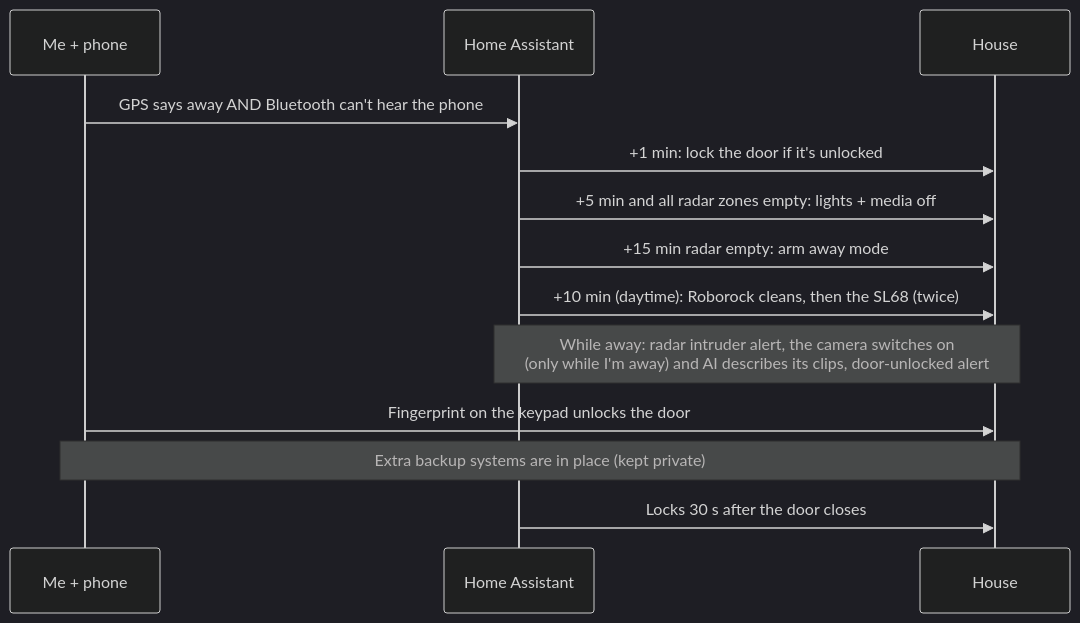
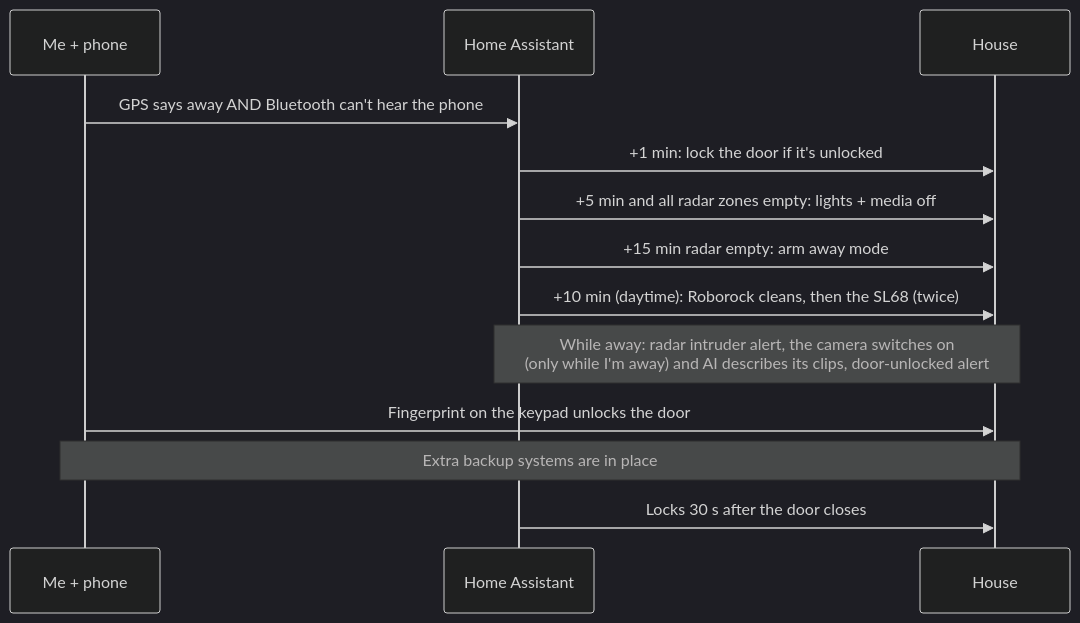
One commit to baes-cloud/baes-cloud-home changed the diagram in docs/03-leaving-and-coming-home.md. Above: the diagram before and after it, drawn with Mermaid (dark theme).

Commit message:
Update note about extra backup systems
Removed mention of private status for backup systems.

````diff
--- a/docs/03-leaving-and-coming-home.md
+++ b/docs/03-leaving-and-coming-home.md
@@ -3,15 +3,15 @@
 ```mermaid
 sequenceDiagram
   participant Me as Me + phone
   participant HA as Home Assistant
   participant House
   Me->>HA: GPS says away AND Bluetooth can't hear the phone
   HA->>House: +1 min: lock the door if it's unlocked
   HA->>House: +5 min and all radar zones empty: lights + media off
   HA->>House: +15 min radar empty: arm away mode
   HA->>House: +10 min (daytime): Roborock cleans, then the SL68 (twice)
   Note over HA,House: While away: radar intruder alert, the camera switches on<br/>(only while I'm away) and AI describes its clips, door-unlocked alert
   Me->>House: Fingerprint on the keypad unlocks the door
-  Note over Me,House: Extra backup systems are in place (kept private)
+  Note over Me,House: Extra backup systems are in place
   HA->>House: Locks 30 s after the door closes
 ```
````
